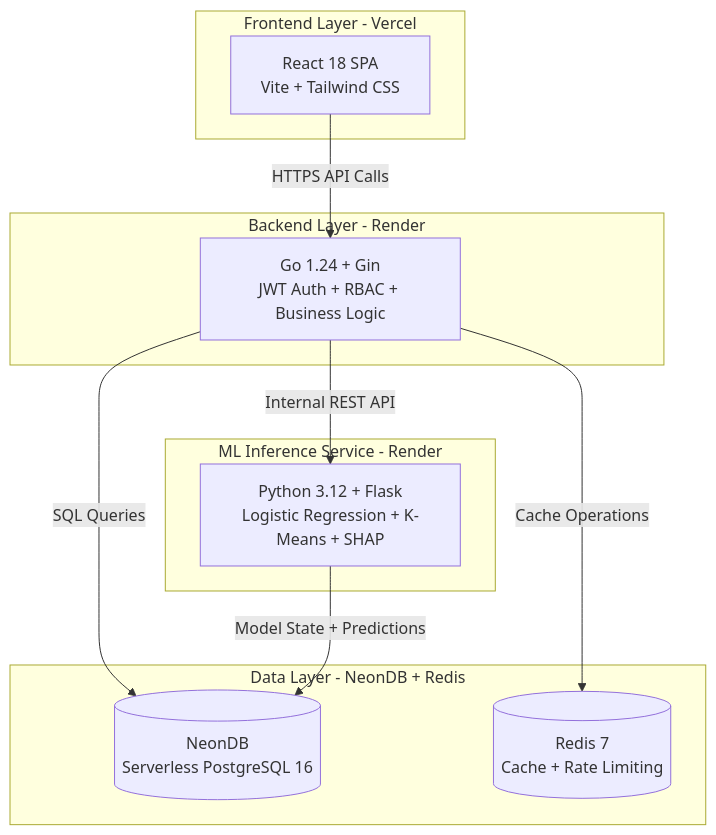
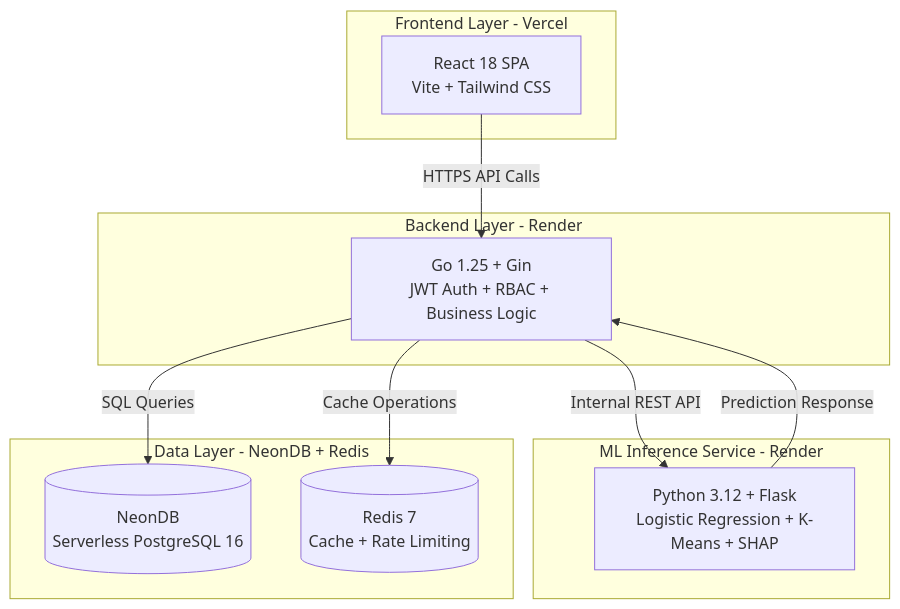
The fifth of 7 diagrams in docs/07-research/thesis-drafts/ch3+4.md (Skufu/DianaV2), drawn with Mermaid before and after one commit. The commit also changed other lines of this file and 10 other files, not shown here.

````diff
--- a/docs/07-research/thesis-drafts/ch3+4.md
+++ b/docs/07-research/thesis-drafts/ch3+4.md
@@ -732,25 +669,25 @@
 ```mermaid
 flowchart TB
     subgraph Frontend["Frontend Layer - Vercel"]
         A[React 18 SPA<br/>Vite + Tailwind CSS]
     end
 
     subgraph Backend["Backend Layer - Render"]
-        B[Go 1.24 + Gin<br/>JWT Auth + RBAC + Business Logic]
+        B[Go 1.25 + Gin<br/>JWT Auth + RBAC + Business Logic]
     end
 
     subgraph ML["ML Inference Service - Render"]
         C[Python 3.12 + Flask<br/>Logistic Regression + K-Means + SHAP]
     end
 
     subgraph Data["Data Layer - NeonDB + Redis"]
         D[(NeonDB<br/>Serverless PostgreSQL 16)]
         E[(Redis 7<br/>Cache + Rate Limiting)]
     end
 
     A -->|HTTPS API Calls| B
     B -->|Internal REST API| C
+    C -->|Prediction Response| B
     B -->|SQL Queries| D
     B -->|Cache Operations| E
-    C -->|Model State + Predictions| D
 ```
````
